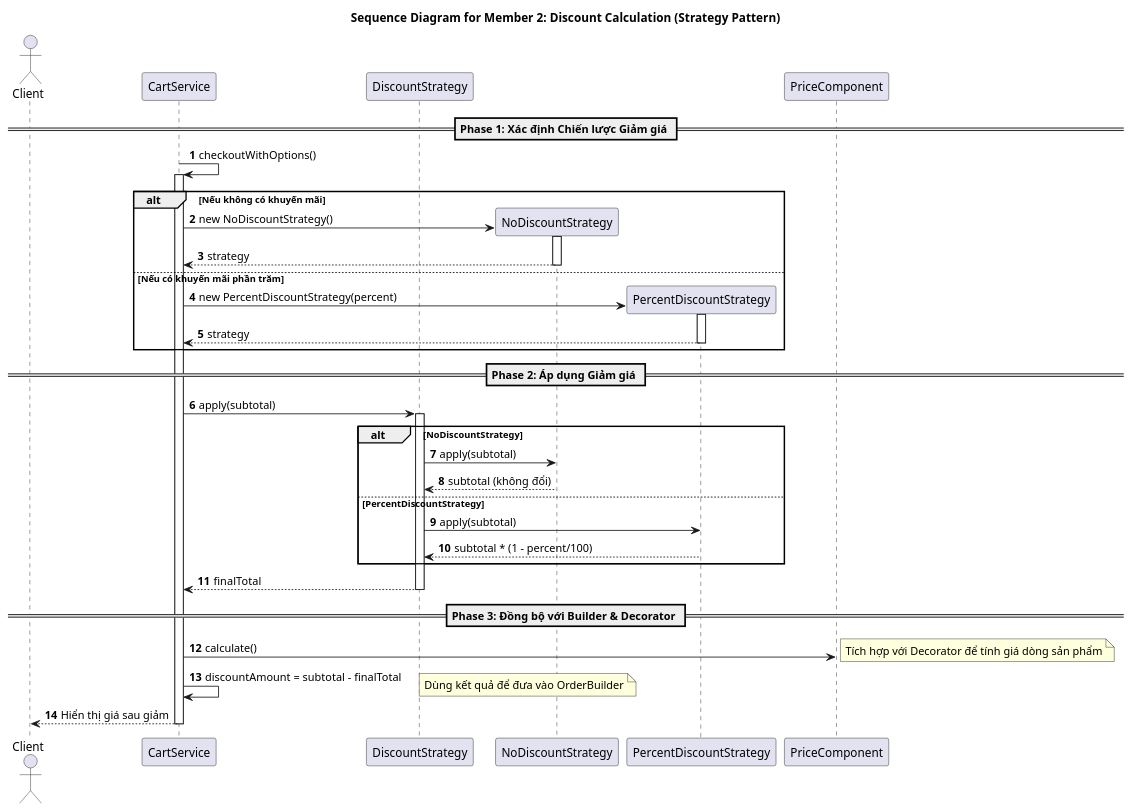
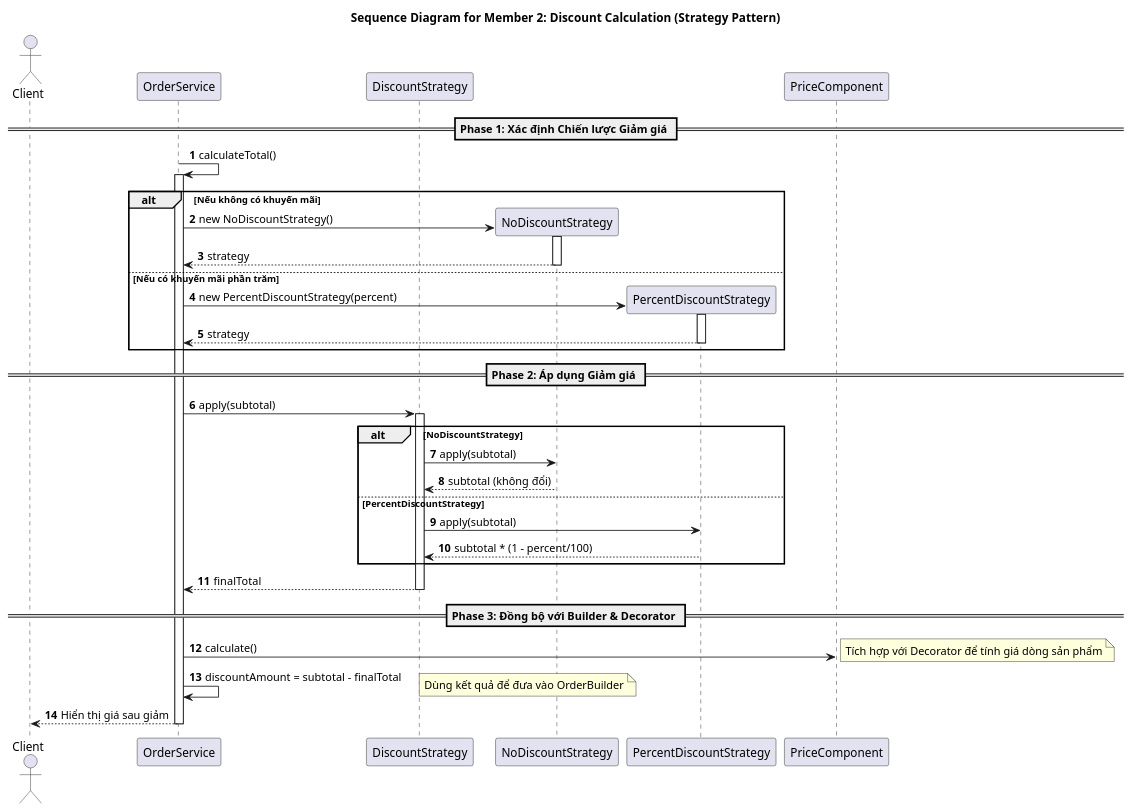
The diagram in problems/Member2_Checkout/task2_discount_strategy.puml (vothnha26/Object-Oriented_Design), drawn with PlantUML before and after one commit. The commit also changed 27 other files, not shown here.

Commit message:
docs: update design problems and sequence diagrams, remove SHIPPER role, and transition to Session/Cookie cart model

```diff
--- a/problems/Member2_Checkout/task2_discount_strategy.puml
+++ b/problems/Member2_Checkout/task2_discount_strategy.puml
@@ -1,53 +1,53 @@
-@startuml
+@startuml task2_discount_strategy
 title Sequence Diagram for Member 2: Discount Calculation (Strategy Pattern)
 autonumber
 
 actor Client
-participant "CartService" as CS
+participant "OrderService" as CS
 participant "DiscountStrategy" as DS
 participant "NoDiscountStrategy" as NDS
 participant "PercentDiscountStrategy" as PDS
 participant "PriceComponent" as PC
 
 == Phase 1: Xác định Chiến lược Giảm giá ==
-CS -> CS : checkoutWithOptions()
+CS -> CS : calculateTotal()
 activate CS
 
 alt Nếu không có khuyến mãi
     CS -> NDS** : new NoDiscountStrategy()
     activate NDS
     NDS --> CS : strategy
     deactivate NDS
 else Nếu có khuyến mãi phần trăm
     CS -> PDS** : new PercentDiscountStrategy(percent)
     activate PDS
     PDS --> CS : strategy
     deactivate PDS
 end
 
 == Phase 2: Áp dụng Giảm giá ==
 CS -> DS : apply(subtotal)
 activate DS
 
 alt NoDiscountStrategy
     DS -> NDS : apply(subtotal)
     NDS --> DS : subtotal (không đổi)
 else PercentDiscountStrategy
     DS -> PDS : apply(subtotal)
     PDS --> DS : subtotal * (1 - percent/100)
 end
 
 DS --> CS : finalTotal
 deactivate DS
 
 == Phase 3: Đồng bộ với Builder & Decorator ==
 CS -> PC : calculate() 
 note right: Tích hợp với Decorator để tính giá dòng sản phẩm
 
 CS -> CS : discountAmount = subtotal - finalTotal
 note right: Dùng kết quả để đưa vào OrderBuilder
 
 CS --> Client : Hiển thị giá sau giảm
 deactivate CS
 
 @enduml
```
